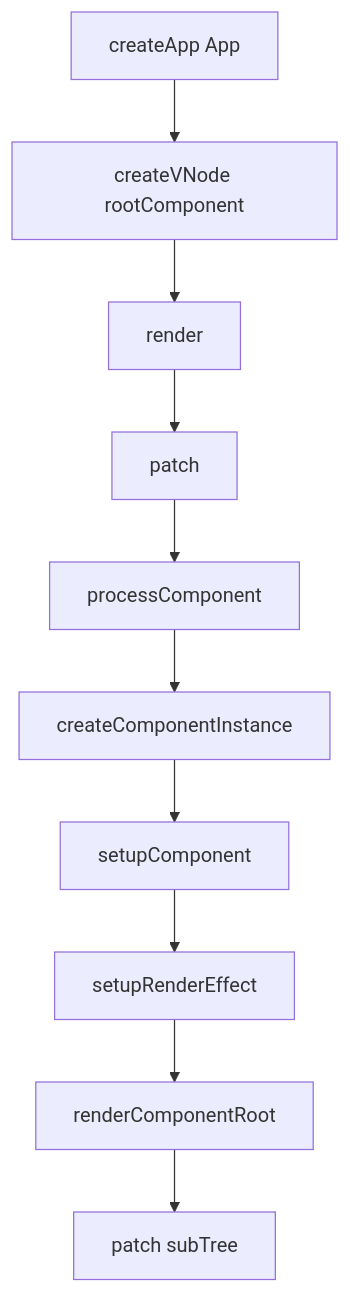
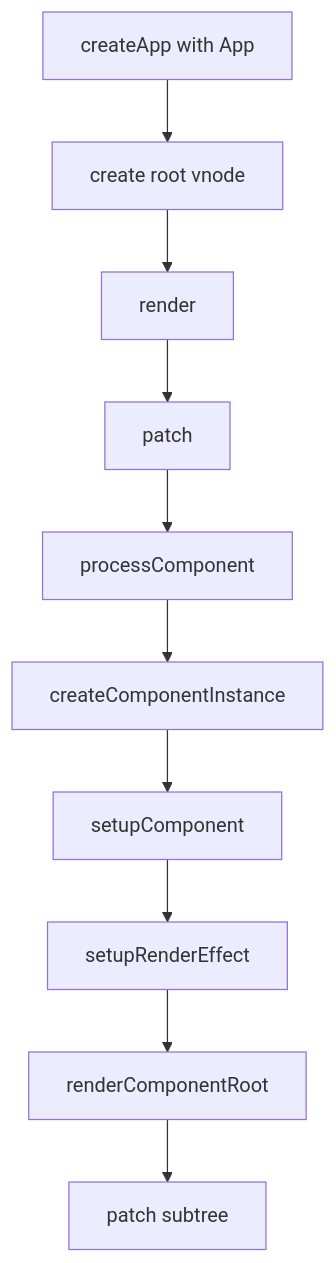
One commit to Tajigaqzh/front_basic changed the first of 2 diagrams in docs/vue/source/runtime-core/runtime-core-overview.md. Above: the diagram before and after it, drawn with Mermaid. The commit also changed other lines of this file and 11 other files, not shown here.

````diff
--- a/docs/vue/source/runtime-core/runtime-core-overview.md
+++ b/docs/vue/source/runtime-core/runtime-core-overview.md
@@ -187,12 +187,12 @@
 ```mermaid
 flowchart TD
-    A["createApp App"] --> B["createVNode rootComponent"]
+    A["createApp with App"] --> B["create root vnode"]
     B --> C["render"]
     C --> D["patch"]
     D --> E["processComponent"]
     E --> F["createComponentInstance"]
     F --> G["setupComponent"]
     G --> H["setupRenderEffect"]
     H --> I["renderComponentRoot"]
-    I --> J["patch subTree"]
+    I --> J["patch subtree"]
 ```
````
